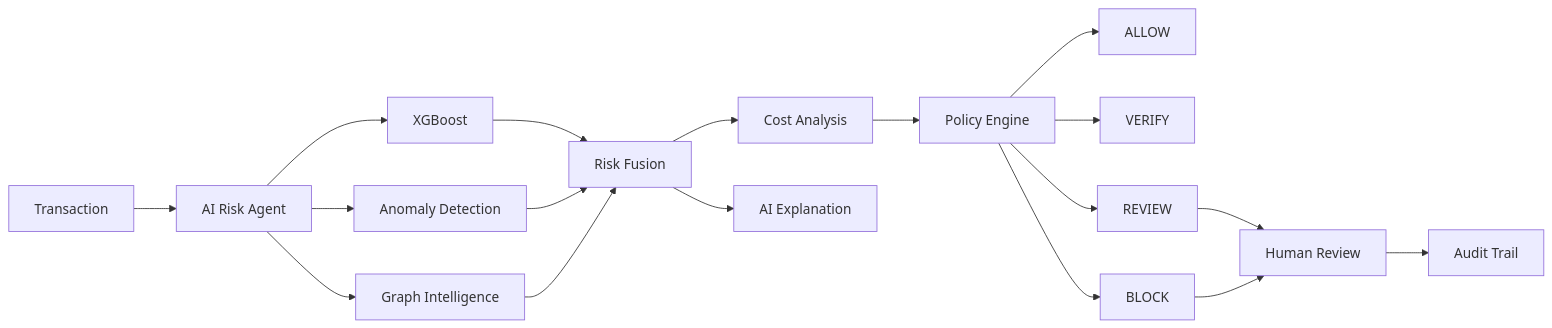
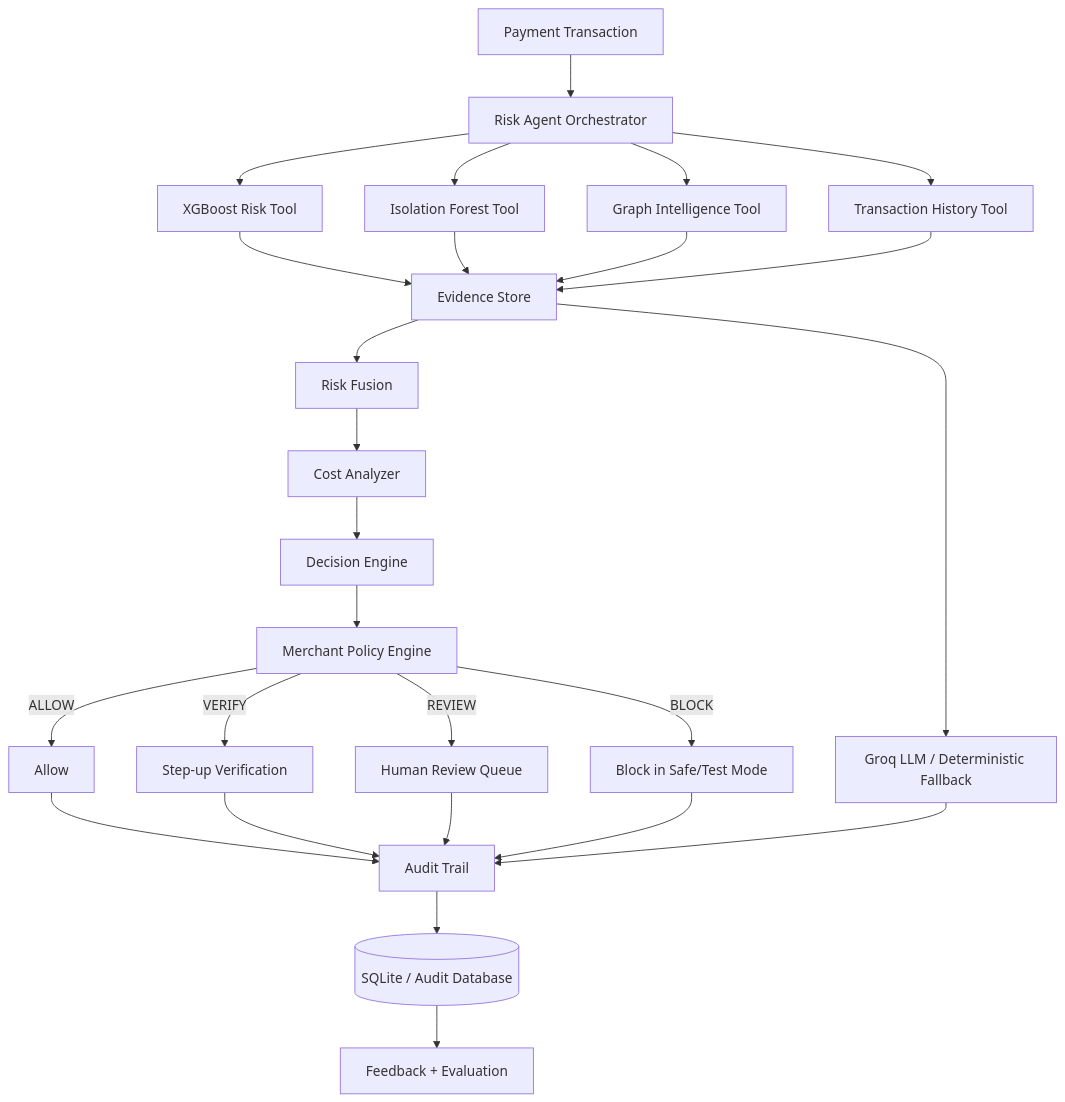
Before and after one commit to Kriti-kumari221/AI_Risk: the diagram in README.md, drawn with Mermaid. The commit also changed other lines of this file, not shown here.

Commit message:
Enhance README with live demo and architecture details
Added live demo link and updated architecture diagram in README.

````diff
--- a/README.md
+++ b/README.md
@@ -13,27 +15,35 @@
 ```mermaid
-flowchart LR
+graph TD
+    TX[Payment Transaction] --> AG[Risk Agent Orchestrator]
 
-A[Transaction] --> B[AI Risk Agent]
+    AG --> XGB[XGBoost Risk Tool]
+    AG --> AN[Isolation Forest Tool]
+    AG --> GR[Graph Intelligence Tool]
+    AG --> HI[Transaction History Tool]
 
-B --> C[XGBoost]
-B --> D[Anomaly Detection]
-B --> E[Graph Intelligence]
+    XGB --> EV[Evidence Store]
+    AN --> EV
+    GR --> EV
+    HI --> EV
 
-C --> F[Risk Fusion]
-D --> F
-E --> F
+    EV --> FU[Risk Fusion]
+    FU --> CO[Cost Analyzer]
+    CO --> DE[Decision Engine]
+    DE --> PO[Merchant Policy Engine]
 
-F --> G[Cost Analysis]
-G --> H[Policy Engine]
+    PO -->|ALLOW| AL[Allow]
+    PO -->|VERIFY| VE[Step-up Verification]
+    PO -->|REVIEW| RV[Human Review Queue]
+    PO -->|BLOCK| BL[Block in Safe/Test Mode]
 
-H --> I[ALLOW]
-H --> J[VERIFY]
-H --> K[REVIEW]
-H --> L[BLOCK]
+    AL --> AU[Audit Trail]
+    VE --> AU
+    RV --> AU
+    BL --> AU
 
-K --> M[Human Review]
-L --> M
+    EV --> LLM[Groq LLM / Deterministic Fallback]
+    LLM --> AU
 
-F --> N[AI Explanation]
-M --> O[Audit Trail]
+    AU --> DB[(SQLite / Audit Database)]
+    DB --> FB[Feedback + Evaluation]
 ```
````
